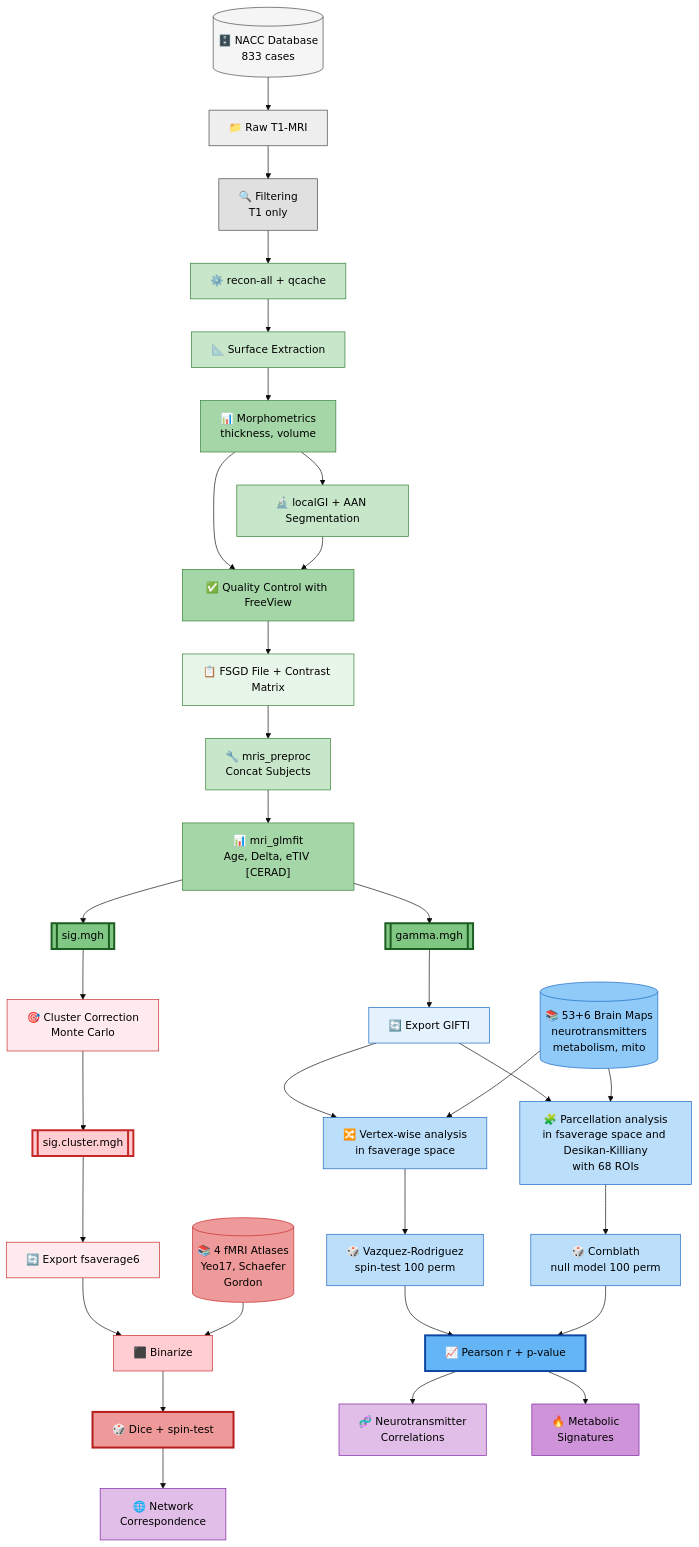
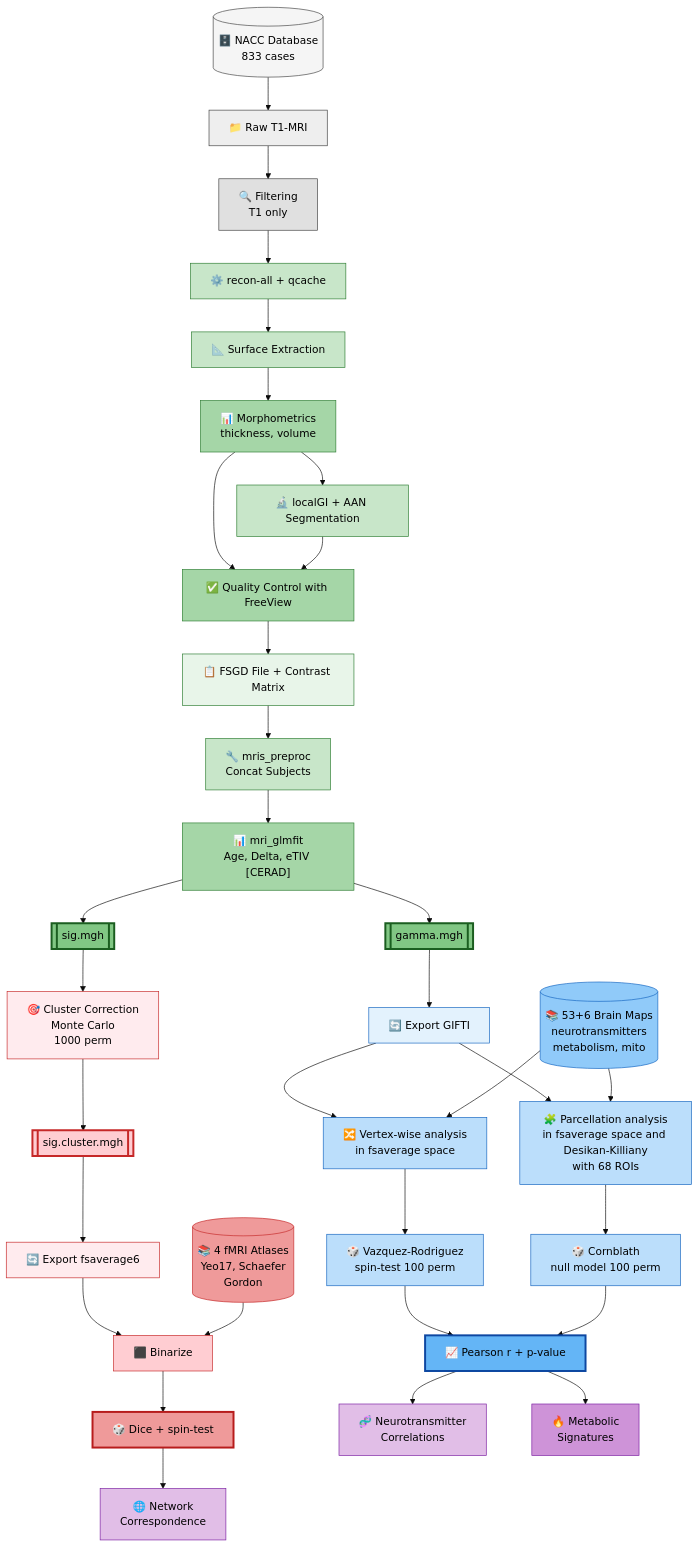
Before and after one commit to luisAraujo11/Thesis: the diagram in README.md, drawn with Mermaid (base theme). The commit also changed other lines of this file, not shown here.

Commit message:
Final MD

````diff
--- a/README.md
+++ b/README.md
@@ -20,82 +20,82 @@
 ```mermaid
 flowchart TD
     %% DATA INPUT
     A1[("🗄️ NACC Database<br/>833 cases")] --> A2["📁 Raw T1-MRI"] --> A3["🔍 Filtering<br/>T1 only"]
     
     %% FREESURFER
     A3 --> B1["⚙️ recon-all + qcache"]
     B1 --> B2["📐 Surface Extraction"] --> B3["📊 Morphometrics<br/>thickness, volume"]
     B3 --> B4["🔬 localGI + AAN Segmentation"]
     B3 --> B5["✅ Quality Control with FreeView"]
     B4 --> B5
     
     %% GROUP ANALYSIS
     B5 --> C1["📋 FSGD File + Contrast Matrix"]
     C1 --> C2["🔧 mris_preproc<br/>Concat Subjects"] --> C3["📊 mri_glmfit<br/>Age, Delta, eTIV [CERAD]"]
     C3 --> C4[["gamma.mgh"]]
     C3 --> C5[["sig.mgh"]]
     
     %% NEUROMAPS BRANCH - TWO PATHS
     C4 --> D1["🔄 Export GIFTI"]
     
     %% Vertex-wise path
     D1 --> D2a["🔀 Vertex-wise analysis<br/> in fsaverage space"]
     D3[("📚 53+6 Brain Maps<br/>neurotransmitters<br/>metabolism, mito")] --> D2a
     D2a --> D4a["🎲 Vazquez-Rodriguez<br/>spin-test 100 perm"]
     
     %% Parcellated path
     D1 --> D2b["🧩 Parcellation analysis<br/>in fsaverage space and Desikan-Killiany<br/>with 68 ROIs"]
     D3 --> D2b
     D2b --> D4b["🎲 Cornblath<br/>null model 100 perm"]
     
     %% Merge results
     D4a --> D5["📈 Pearson r + p-value"]
     D4b --> D5
     
     %% NCT BRANCH
-    C5 --> E1["🎯 Cluster Correction<br/>Monte Carlo"] --> E2[["sig.cluster.mgh"]]
+    C5 --> E1["🎯 Cluster Correction<br/>Monte Carlo<br/>1000 perm"] --> E2[["sig.cluster.mgh"]]
     E2 --> E3["🔄 Export fsaverage6"] --> E4["⬛ Binarize"]
     E5[("📚 4 fMRI Atlases<br/>Yeo17, Schaefer<br/>Gordon")] --> E4
     E4 --> E6["🎲 Dice + spin-test"]
     
     %% RESULTS
     D5 --> F1["🧬 Neurotransmitter<br/>Correlations"]
     D5 --> F2["🔥 Metabolic<br/>Signatures"]
     E6 --> F3["🌐 Network<br/>Correspondence"]
     
     %% STYLING
     style A1 fill:#f5f5f5,stroke:#424242,color:#000
     style A2 fill:#eeeeee,stroke:#424242,color:#000
     style A3 fill:#e0e0e0,stroke:#424242,color:#000
     
     style B1 fill:#c8e6c9,stroke:#2e7d32,color:#000
     style B2 fill:#c8e6c9,stroke:#2e7d32,color:#000
     style B3 fill:#a5d6a7,stroke:#2e7d32,color:#000
     style B4 fill:#c8e6c9,stroke:#2e7d32,color:#000
     style B5 fill:#a5d6a7,stroke:#2e7d32,color:#000
     
     style C1 fill:#e8f5e9,stroke:#2e7d32,color:#000
     style C2 fill:#c8e6c9,stroke:#2e7d32,color:#000
     style C3 fill:#a5d6a7,stroke:#2e7d32,color:#000
     style C4 fill:#81c784,stroke:#1b5e20,color:#000,stroke-width:3px
     style C5 fill:#81c784,stroke:#1b5e20,color:#000,stroke-width:3px
     
     style D1 fill:#e3f2fd,stroke:#1565c0,color:#000
     style D2a fill:#bbdefb,stroke:#1565c0,color:#000
     style D2b fill:#bbdefb,stroke:#1565c0,color:#000
     style D3 fill:#90caf9,stroke:#1565c0,color:#000
     style D4a fill:#bbdefb,stroke:#1565c0,color:#000
     style D4b fill:#bbdefb,stroke:#1565c0,color:#000
     style D5 fill:#64b5f6,stroke:#0d47a1,color:#000,stroke-width:3px
     
     style E1 fill:#ffebee,stroke:#c62828,color:#000
     style E2 fill:#ffcdd2,stroke:#c62828,color:#000,stroke-width:3px
     style E3 fill:#ffebee,stroke:#c62828,color:#000
     style E4 fill:#ffcdd2,stroke:#c62828,color:#000
     style E5 fill:#ef9a9a,stroke:#c62828,color:#000
     style E6 fill:#ef9a9a,stroke:#b71c1c,color:#000,stroke-width:3px
     
     style F1 fill:#e1bee7,stroke:#7b1fa2,color:#000
     style F2 fill:#ce93d8,stroke:#7b1fa2,color:#000
     style F3 fill:#e1bee7,stroke:#7b1fa2,color:#000
 ```
````
